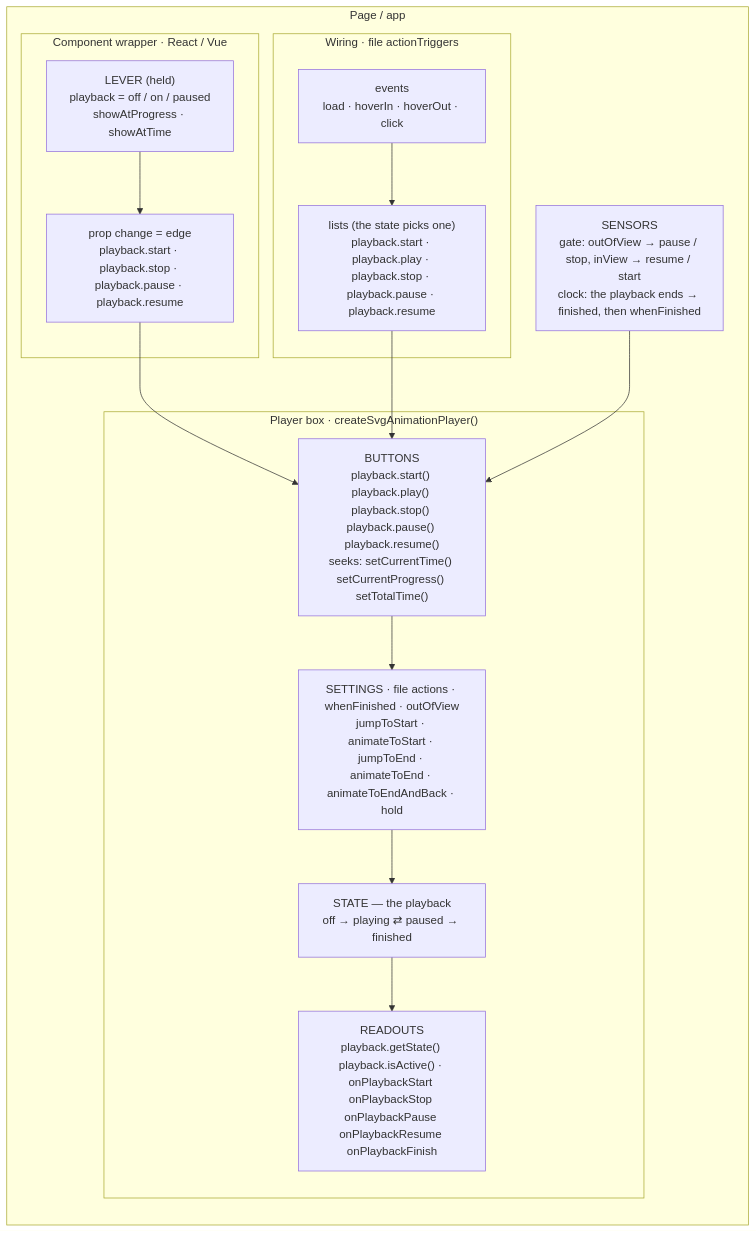
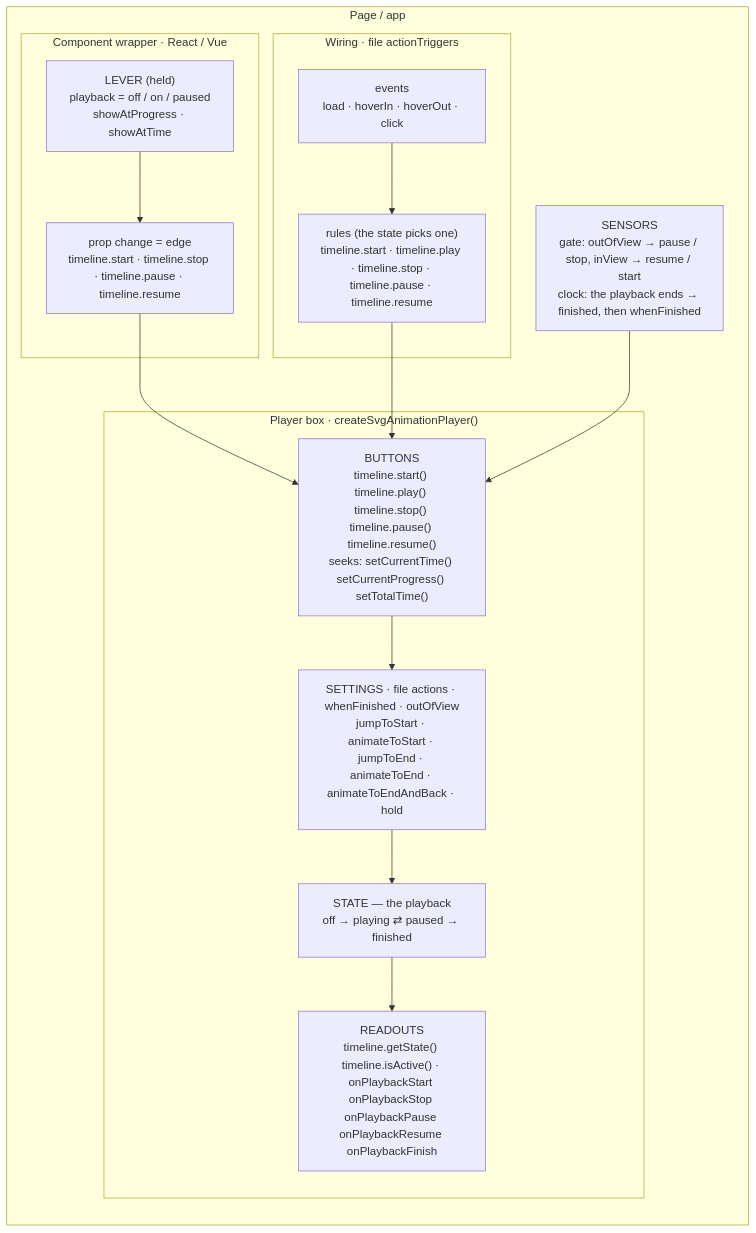
Before and after one commit to pixodesk/pixodesk-svg-animator: the first of 2 diagrams in dev-docs/plans/animation-state.brainstorm.md, drawn with Mermaid. The commit also changed other lines of this file and 114 other files, not shown here.

Commit message:
Player plays several timelines, states and state machines in one file (e.g. a bell button whose shine loops by itself while hover and click move its own states), with player.state, player.getTimeline(id) and warnings for mistakes like a repeated timeline id

````diff
--- a/dev-docs/plans/animation-state.brainstorm.md
+++ b/dev-docs/plans/animation-state.brainstorm.md
@@ -61,27 +73,27 @@
 ```mermaid
 flowchart LR
   subgraph page["Page / app"]
     direction TB
     subgraph comp["Component wrapper · React / Vue"]
       lever["LEVER (held)<br/>playback = off / on / paused<br/>showAtProgress · showAtTime"]
-      diff["prop change = edge<br/>playback.start · playback.stop · playback.pause · playback.resume"]
+      diff["prop change = edge<br/>timeline.start · timeline.stop · timeline.pause · timeline.resume"]
       lever --> diff
     end
     subgraph wiring["Wiring · file actionTriggers"]
       ev["events<br/>load · hoverIn · hoverOut · click"]
-      lists["lists (the state picks one)<br/>playback.start · playback.play · playback.stop · playback.pause · playback.resume"]
+      lists["rules (the state picks one)<br/>timeline.start · timeline.play · timeline.stop · timeline.pause · timeline.resume"]
       ev --> lists
     end
     subgraph box["Player box · createSvgAnimationPlayer()"]
-      buttons["BUTTONS<br/>playback.start() playback.play() playback.stop() playback.pause() playback.resume()<br/>seeks: setCurrentTime() setCurrentProgress() setTotalTime()"]
+      buttons["BUTTONS<br/>timeline.start() timeline.play() timeline.stop() timeline.pause() timeline.resume()<br/>seeks: setCurrentTime() setCurrentProgress() setTotalTime()"]
       settings["SETTINGS · file actions · whenFinished · outOfView<br/>jumpToStart · animateToStart · jumpToEnd · animateToEnd · animateToEndAndBack · hold"]
       sm["STATE — the playback<br/>off → playing ⇄ paused → finished"]
-      out["READOUTS<br/>playback.getState() playback.isActive() · onPlaybackStart onPlaybackStop onPlaybackPause onPlaybackResume onPlaybackFinish"]
+      out["READOUTS<br/>timeline.getState() timeline.isActive() · onPlaybackStart onPlaybackStop onPlaybackPause onPlaybackResume onPlaybackFinish"]
       buttons --> settings --> sm --> out
     end
     sensors["SENSORS<br/>gate: outOfView → pause / stop, inView → resume / start<br/>clock: the playback ends → finished, then whenFinished"]
   end
   diff --> buttons
   lists --> buttons
   sensors --> buttons
 ```
````
